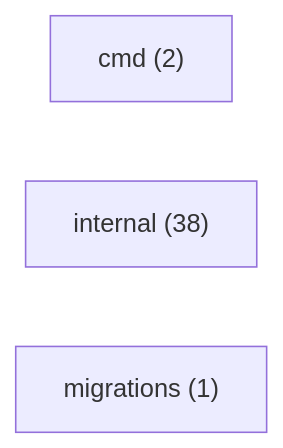
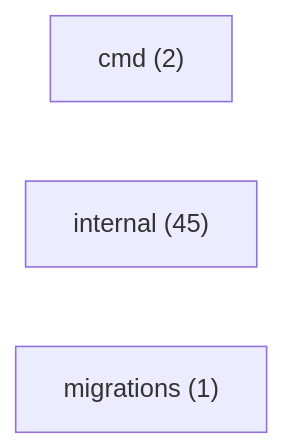
One commit to mauriciomiwa/ominicore-service changed the diagram in DOC/System/mapa/inventario.md. Above: the diagram before and after it, drawn with Mermaid. The commit also changed other lines of this file and 55 other files, not shown here.

````diff
--- a/DOC/System/mapa/inventario.md
+++ b/DOC/System/mapa/inventario.md
@@ -14,6 +14,6 @@
 ```mermaid
 graph LR
   cmd["cmd (2)"]
-  internal["internal (38)"]
+  internal["internal (45)"]
   migrations["migrations (1)"]
 ```
````
